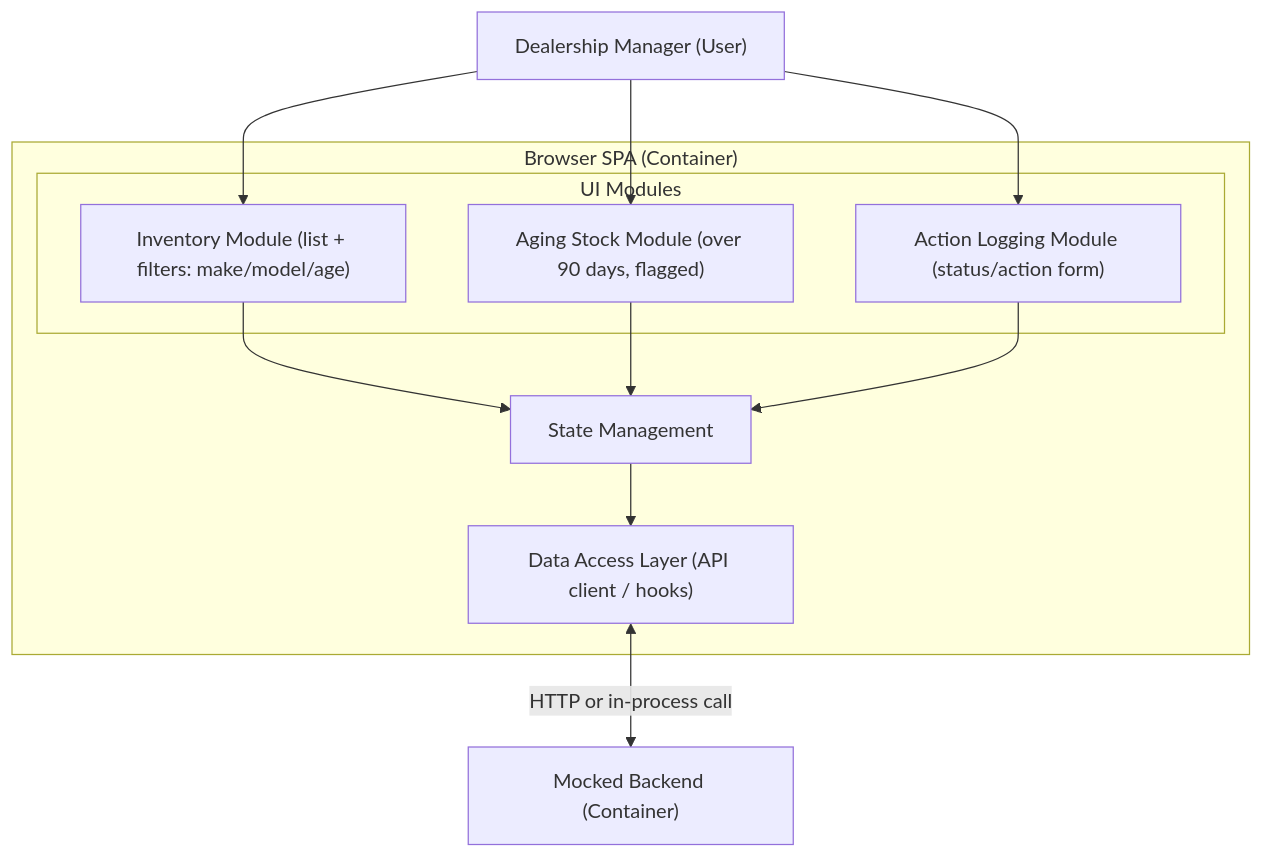
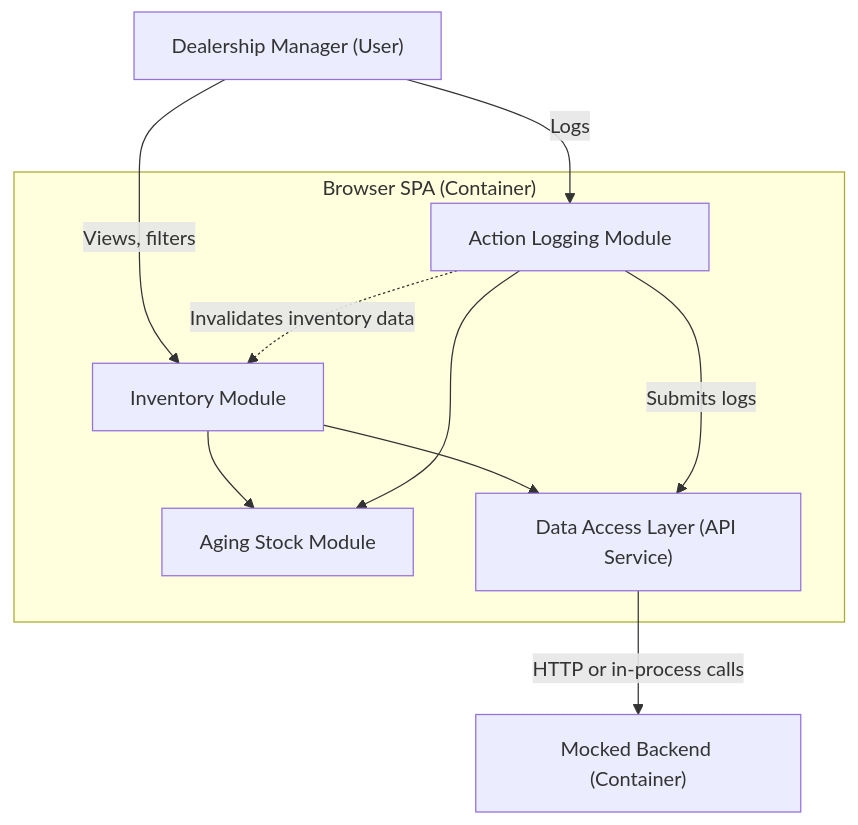
One commit to nmtrong1000/keyloop-challenge changed the second of 5 diagrams in SDD.md. Above: the diagram before and after it, drawn with Mermaid. The commit also changed other lines of this file, not shown here.

Commit message:
docs(STORY_15): reconcile SDD with module-owned state and DAL

````diff
--- a/SDD.md
+++ b/SDD.md
@@ -23,25 +23,25 @@
 ```mermaid
 flowchart TB
     Manager["Dealership Manager (User)"]
 
     subgraph SPA["Browser SPA (Container)"]
-        subgraph Modules["UI Modules"]
-            IM["Inventory Module (list + filters: make/model/age)"]
-            ASM["Aging Stock Module (over 90 days, flagged)"]
-            ALM["Action Logging Module (status/action form)"]
-        end
-        State["State Management"]
-        DAL["Data Access Layer (API client / hooks)"]
+        IM["Inventory Module"]
+        ASM["Aging Stock Module"]
+        ALM["Action Logging Module"]
+        DAL["Data Access Layer (API Service)"]
     end
 
     Mock["Mocked Backend (Container)"]
 
-    Manager --> IM
-    Manager --> ASM
-    Manager --> ALM
-    IM --> State
-    ASM --> State
-    ALM --> State
-    State --> DAL
-    DAL <-->|"HTTP or in-process call"| Mock
+    Manager -->|"Views, filters"| IM
+    Manager -->|"Logs"| ALM
+
+    IM --> ASM
+    ALM --> ASM
+    ALM -.->|"Invalidates inventory data"| IM
+
+    IM --> DAL
+    ALM -->|"Submits logs"| DAL
+
+    DAL -->|"HTTP or in-process calls"| Mock
 ```
````
